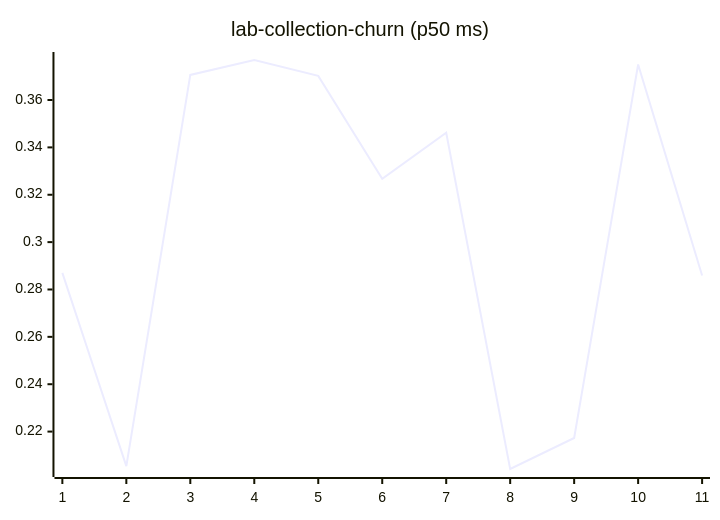
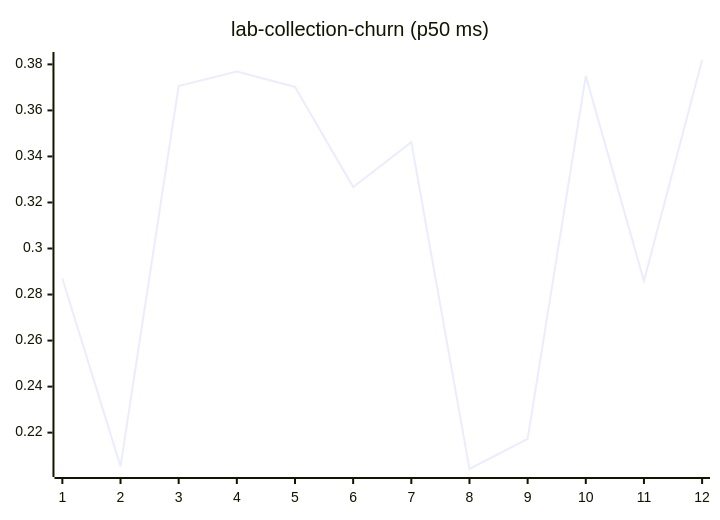
One commit to josha/Facet changed diagram 11 of 27 in README.md. Above: the diagram before and after it, drawn with Mermaid. The commit also changed other lines of this file and 2 other files, not shown here.

````diff
--- a/README.md
+++ b/README.md
@@ -133,6 +133,6 @@
 ```mermaid
 xychart-beta
     title "lab-collection-churn (p50 ms)"
-    x-axis 1 --> 11
-    line [0.2870, 0.2054, 0.3706, 0.3769, 0.3702, 0.3267, 0.3462, 0.2042, 0.2173, 0.3750, 0.2859]
+    x-axis 1 --> 12
+    line [0.2870, 0.2054, 0.3706, 0.3769, 0.3702, 0.3267, 0.3462, 0.2042, 0.2173, 0.3750, 0.2859, 0.3819]
 ```
````
